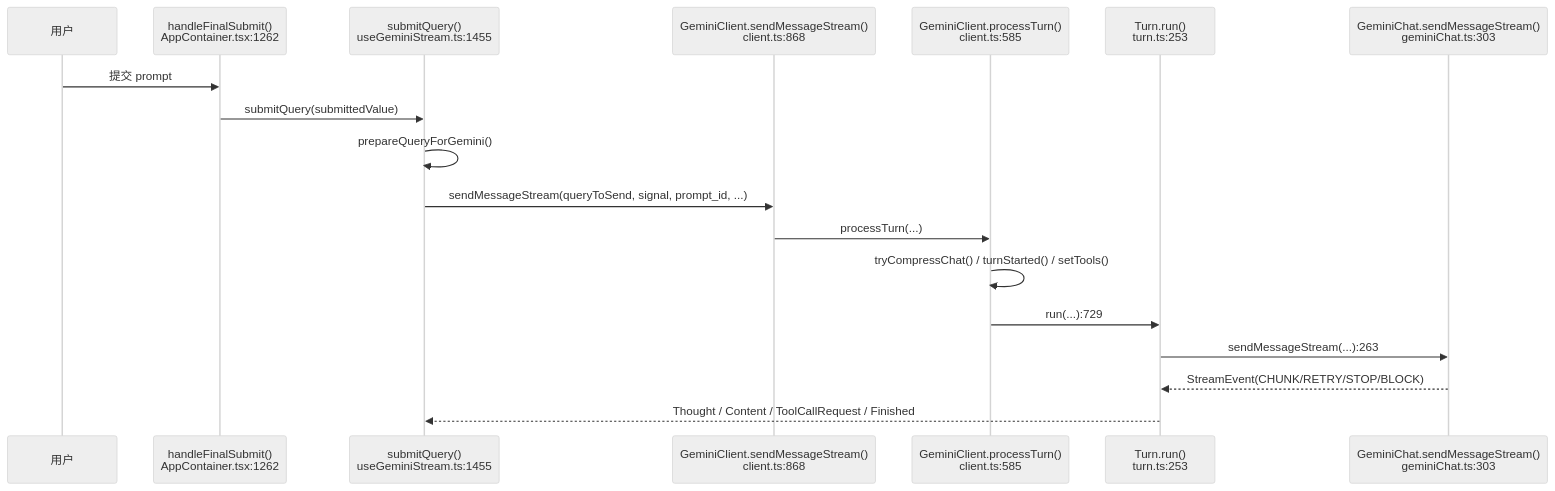
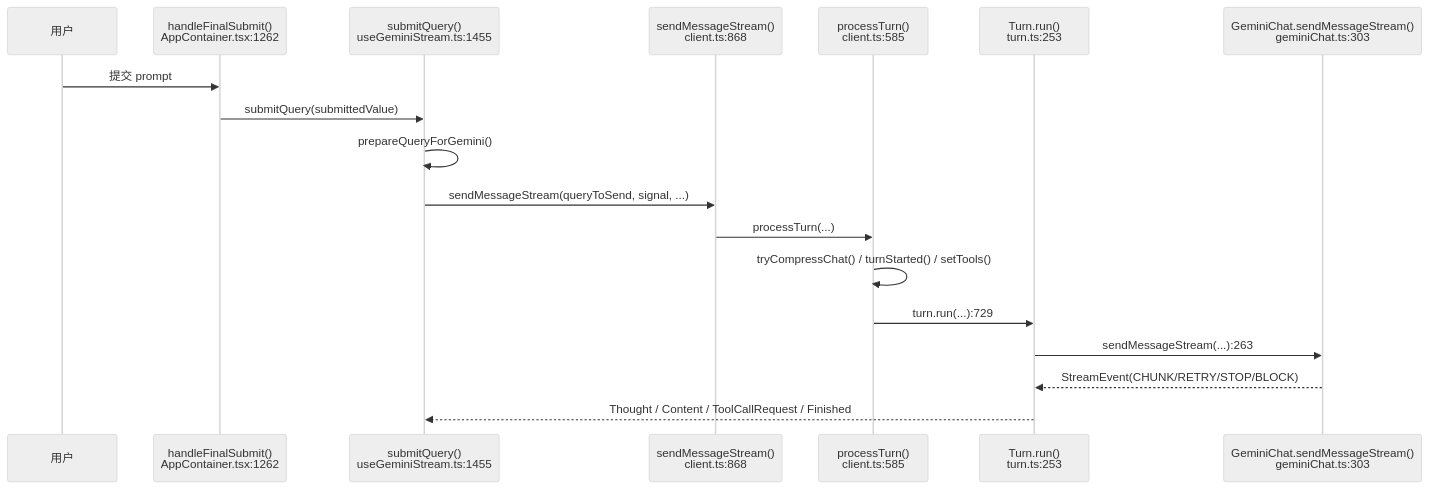
Before and after one commit to feuyeux/hello-olleh: the second of 6 diagrams in hello-gemini-cli/03-agent-loop.md, drawn with Mermaid. The commit also changed other lines of this file and 120 other files, not shown here.

````diff
--- a/hello-gemini-cli/03-agent-loop.md
+++ b/hello-gemini-cli/03-agent-loop.md
@@ -138,22 +94,22 @@
 ```mermaid
 %%{init: {'theme': 'neutral'}}%%
 sequenceDiagram
     participant User as 用户
     participant App as handleFinalSubmit()<br/>AppContainer.tsx:1262
     participant Hook as submitQuery()<br/>useGeminiStream.ts:1455
-    participant Client as GeminiClient.sendMessageStream()<br/>client.ts:868
-    participant TurnCtl as GeminiClient.processTurn()<br/>client.ts:585
+    participant Client as sendMessageStream()<br/>client.ts:868
+    participant TurnCtl as processTurn()<br/>client.ts:585
     participant Turn as Turn.run()<br/>turn.ts:253
     participant Chat as GeminiChat.sendMessageStream()<br/>geminiChat.ts:303
 
     User->>App: 提交 prompt
     App->>Hook: submitQuery(submittedValue)
     Hook->>Hook: prepareQueryForGemini()
-    Hook->>Client: sendMessageStream(queryToSend, signal, prompt_id, ...)
+    Hook->>Client: sendMessageStream(queryToSend, signal, ...)
     Client->>TurnCtl: processTurn(...)
     TurnCtl->>TurnCtl: tryCompressChat() / turnStarted() / setTools()
-    TurnCtl->>Turn: run(...):729
+    TurnCtl->>Turn: turn.run(...):729
     Turn->>Chat: sendMessageStream(...):263
     Chat-->>Turn: StreamEvent(CHUNK/RETRY/STOP/BLOCK)
     Turn-->>Hook: Thought / Content / ToolCallRequest / Finished
 ```
````
